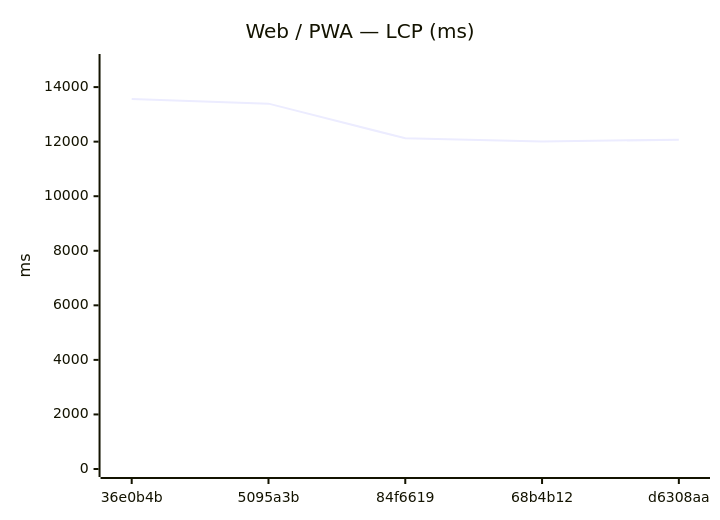
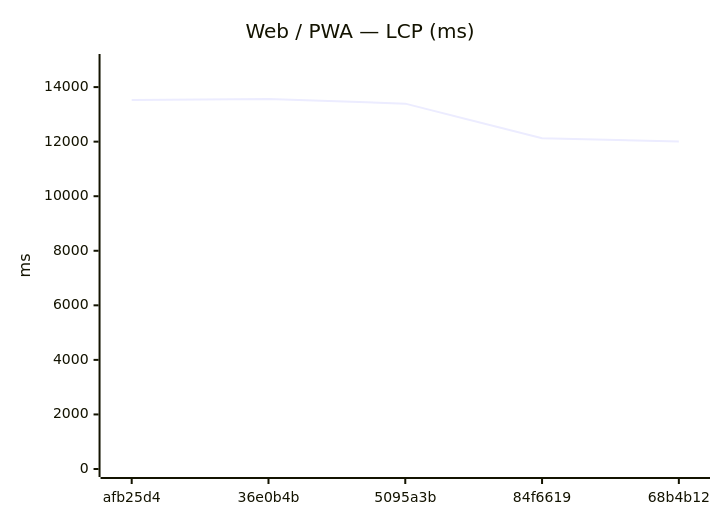
One commit to Metaheurist/Rianell changed the seventh of 18 diagrams in benchmarks/compare.md. Above: the diagram before and after it, drawn with Mermaid. The commit also changed other lines of this file and 11 other files, not shown here.

````diff
--- a/benchmarks/compare.md
+++ b/benchmarks/compare.md
@@ -117,7 +117,7 @@
 ```mermaid
 xychart-beta
     title "Web / PWA — LCP (ms)"
-    x-axis ["36e0b4b", "5095a3b", "84f6619", "68b4b12", "d6308aa"]
+    x-axis ["afb25d4", "36e0b4b", "5095a3b", "84f6619", "68b4b12"]
     y-axis "ms" 0 --> 14920
-    line [13563, 13394, 12124, 12007, 12072]
+    line [13531, 13563, 13394, 12124, 12007]
 ```
````
